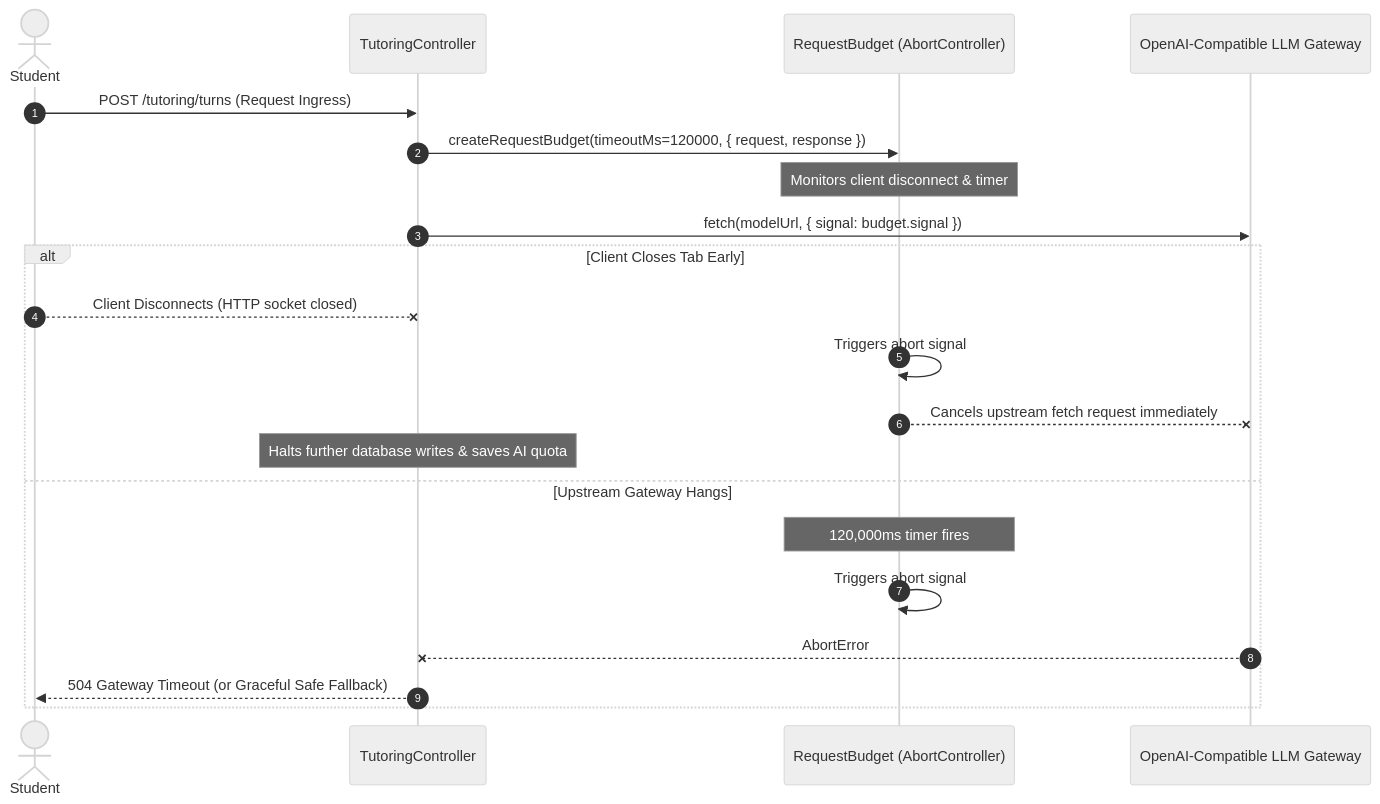
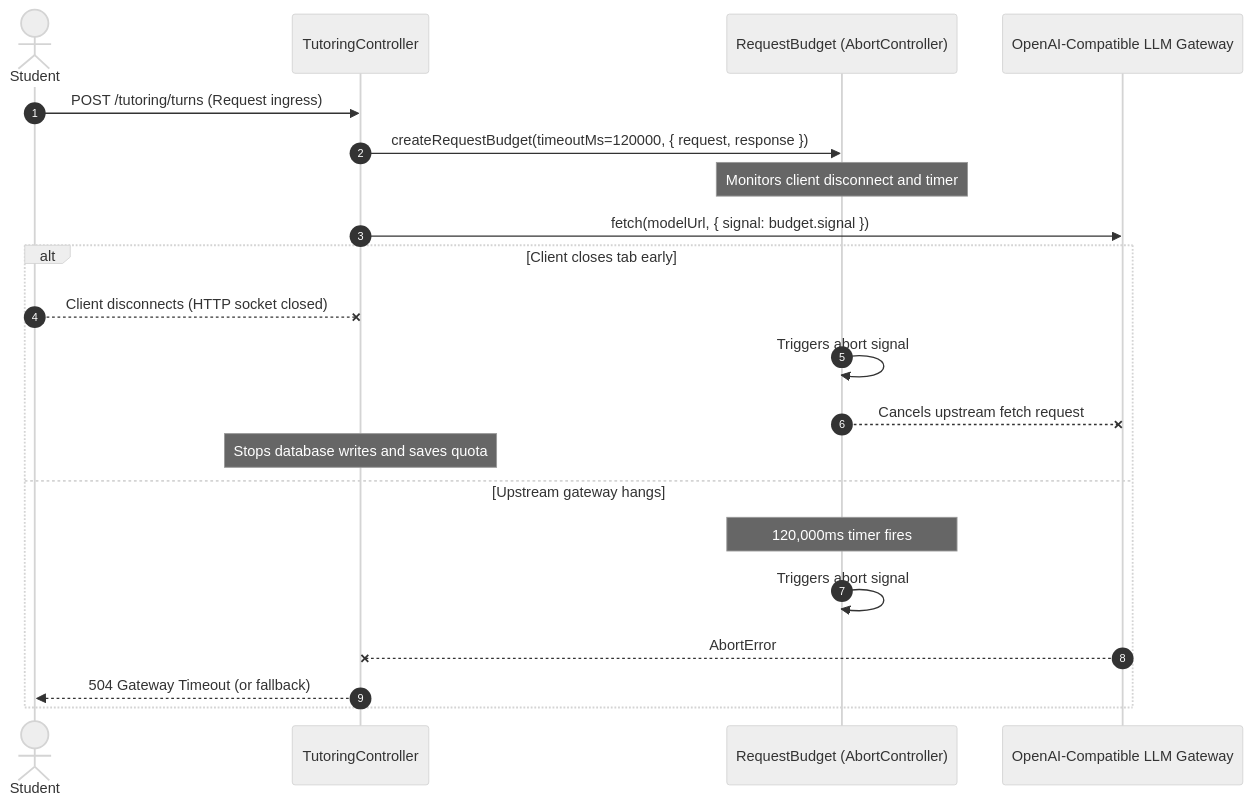
One commit to MahmoudAhmed184/Morshid changed the first of 3 diagrams in docs/developer-guide/15-error-handling-and-resilience.md. Above: the diagram before and after it, drawn with Mermaid (neutral theme). The commit also changed other lines of this file and 19 other files, not shown here.

````diff
--- a/docs/developer-guide/15-error-handling-and-resilience.md
+++ b/docs/developer-guide/15-error-handling-and-resilience.md
@@ -11,26 +11,26 @@
 ```mermaid
 sequenceDiagram
     autonumber
     actor Student
     participant Ctrl as TutoringController
     participant Budget as RequestBudget (AbortController)
     participant Upstream as OpenAI-Compatible LLM Gateway
 
-    Student->>Ctrl: POST /tutoring/turns (Request Ingress)
+    Student->>Ctrl: POST /tutoring/turns (Request ingress)
     Ctrl->>Budget: createRequestBudget(timeoutMs=120000, { request, response })
     
-    Note over Budget: Monitors client disconnect & timer
+    Note over Budget: Monitors client disconnect and timer
     Ctrl->>Upstream: fetch(modelUrl, { signal: budget.signal })
     
-    alt Client Closes Tab Early
-        Student--xCtrl: Client Disconnects (HTTP socket closed)
+    alt Client closes tab early
+        Student--xCtrl: Client disconnects (HTTP socket closed)
         Budget->>Budget: Triggers abort signal
-        Budget--xUpstream: Cancels upstream fetch request immediately
-        Note over Ctrl: Halts further database writes & saves AI quota
-    else Upstream Gateway Hangs
+        Budget--xUpstream: Cancels upstream fetch request
+        Note over Ctrl: Stops database writes and saves quota
+    else Upstream gateway hangs
         Note over Budget: 120,000ms timer fires
         Budget->>Budget: Triggers abort signal
         Upstream--xCtrl: AbortError
-        Ctrl-->>Student: 504 Gateway Timeout (or Graceful Safe Fallback)
+        Ctrl-->>Student: 504 Gateway Timeout (or fallback)
     end
 ```
````
